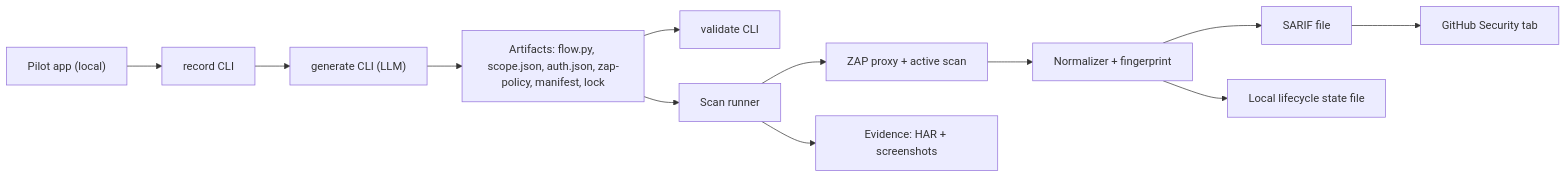
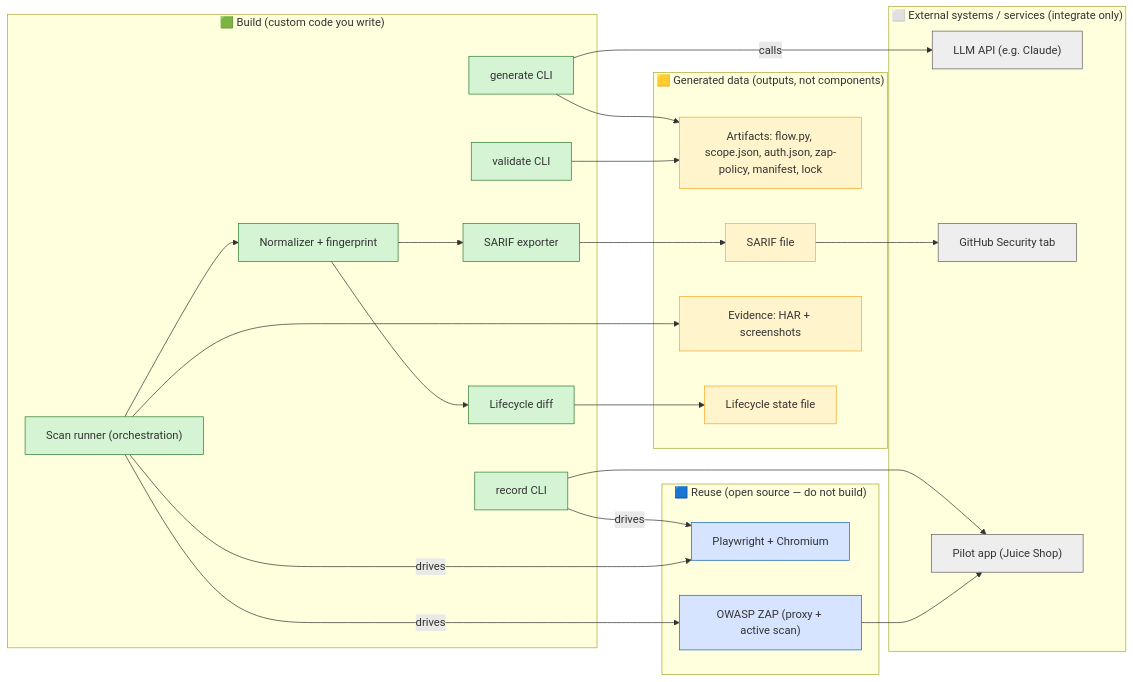
One commit to CodyYang2016/Dast-Scanning-Tool changed the diagram in docs/dast_poc_requirements.md. Above: the diagram before and after it, drawn with Mermaid. The commit also changed other lines of this file and 1 other file, not shown here.

Commit message:
updated architecture diagram plus work split

````diff
--- a/docs/dast_poc_requirements.md
+++ b/docs/dast_poc_requirements.md
@@ -63,20 +65,51 @@
 ```mermaid
 flowchart LR
-  App["Pilot app (local)"]
-  Rec["record CLI"]
-  Gen["generate CLI (LLM)"]
-  Val["validate CLI"]
-  Art["Artifacts: flow.py, scope.json, auth.json, zap-policy, manifest, lock"]
-  Run["Scan runner"]
-  ZAP["ZAP proxy + active scan"]
-  Norm["Normalizer + fingerprint"]
-  SARIF["SARIF file"]
-  GH["GitHub Security tab"]
-  State["Local lifecycle state file"]
-  Ev["Evidence: HAR + screenshots"]
+  subgraph BUILD["🟩 Build (custom code you write)"]
+    Rec["record CLI"]
+    Gen["generate CLI"]
+    Val["validate CLI"]
+    Run["Scan runner (orchestration)"]
+    Norm["Normalizer + fingerprint"]
+    Exp["SARIF exporter"]
+    Diff["Lifecycle diff"]
+  end
 
-  App --> Rec --> Gen --> Art --> Val
-  Art --> Run --> ZAP --> Norm --> SARIF --> GH
-  Norm --> State
+  subgraph OSS["🟦 Reuse (open source — do not build)"]
+    PW["Playwright + Chromium"]
+    ZAP["OWASP ZAP (proxy + active scan)"]
+  end
+
+  subgraph EXT["⬜ External systems / services (integrate only)"]
+    LLM["LLM API (e.g. Claude)"]
+    GH["GitHub Security tab"]
+    App["Pilot app (Juice Shop)"]
+  end
+
+  subgraph DATA["🟨 Generated data (outputs, not components)"]
+    Art["Artifacts: flow.py, scope.json, auth.json, zap-policy, manifest, lock"]
+    SAR["SARIF file"]
+    Ev["Evidence: HAR + screenshots"]
+    State["Lifecycle state file"]
+  end
+
+  Rec -->|drives| PW
+  Rec --> App
+  Gen -->|calls| LLM
+  Gen --> Art
+  Val --> Art
+  Run -->|drives| PW
+  Run -->|drives| ZAP
+  ZAP --> App
+  Run --> Norm --> Exp --> SAR --> GH
+  Norm --> Diff --> State
   Run --> Ev
+
+  classDef build fill:#d4f4d4,stroke:#2e7d32;
+  classDef oss fill:#d6e4ff,stroke:#1565c0;
+  classDef ext fill:#eeeeee,stroke:#616161;
+  classDef data fill:#fff4cc,stroke:#f9a825;
+  class Rec,Gen,Val,Run,Norm,Exp,Diff build;
+  class PW,ZAP oss;
+  class LLM,GH,App ext;
+  class Art,SAR,Ev,State data;
 ```
````
